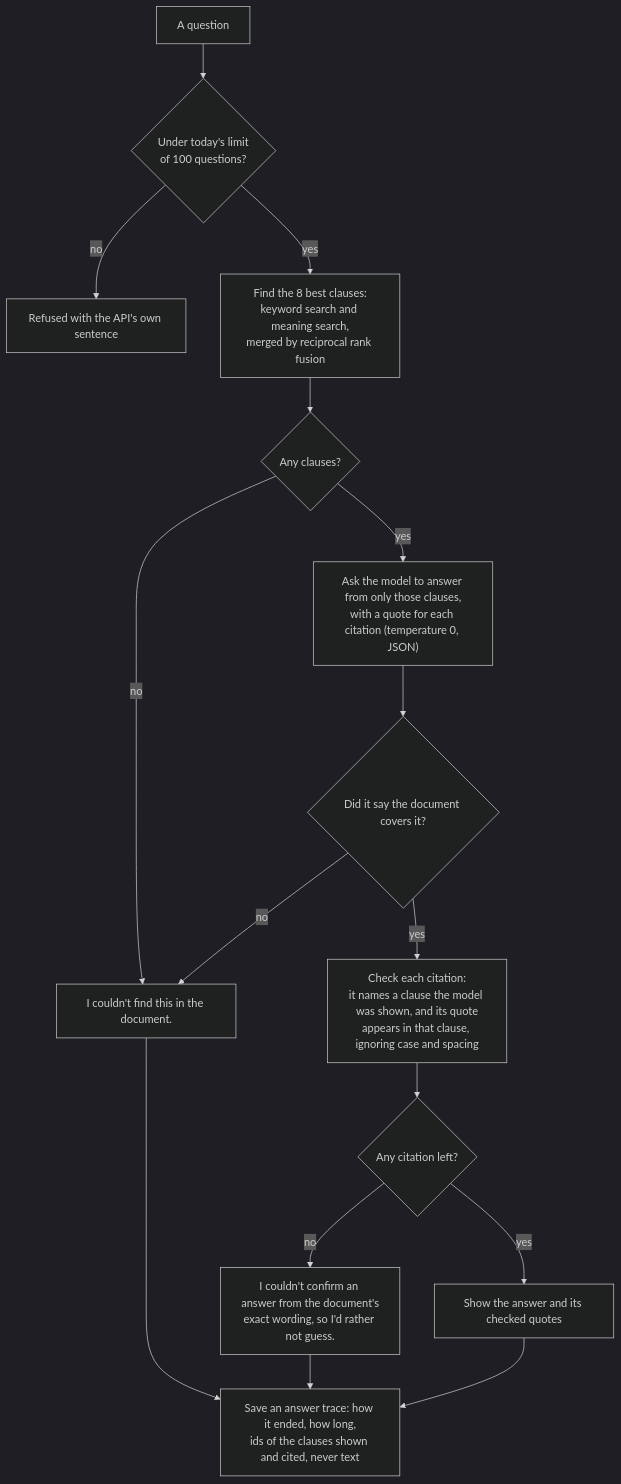
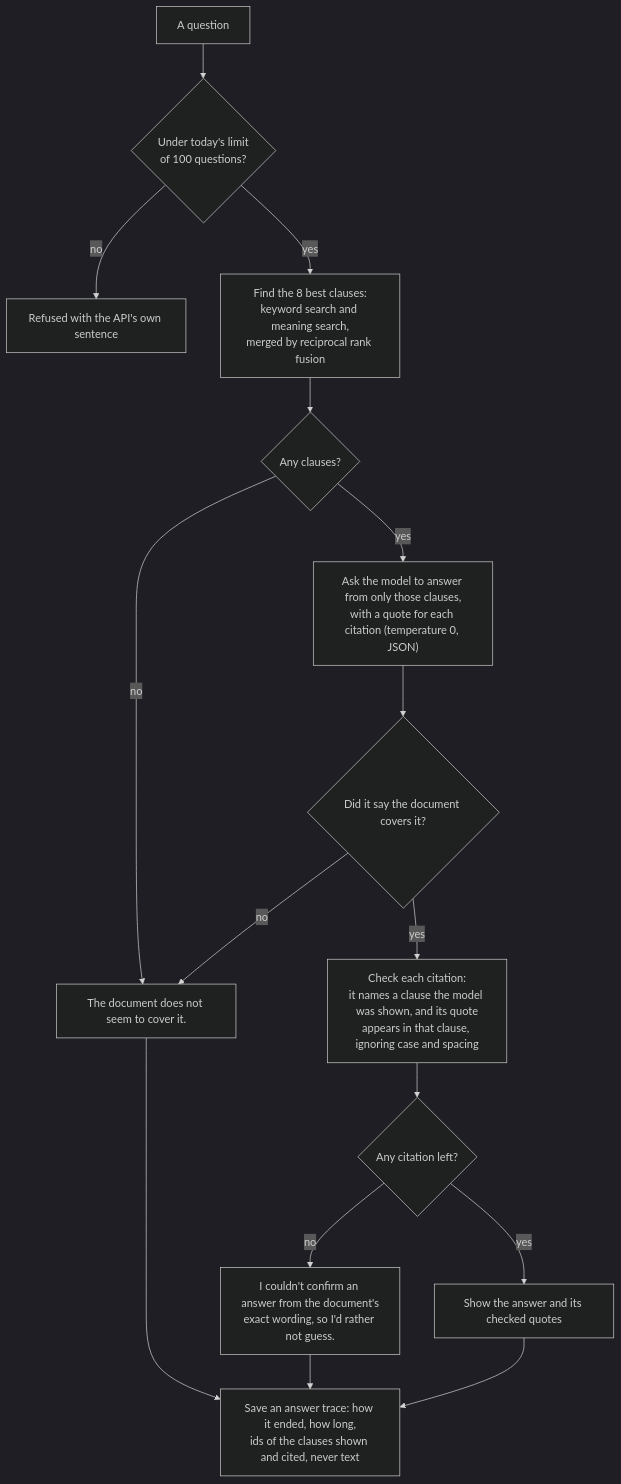
The fourth of 5 diagrams in docs/ARCHITECTURE.md (iamshrey10/Brief), drawn with Mermaid (dark theme) before and after one commit. The commit also changed 6 other files, not shown here.

Commit message:
Reword the answer for a question the document does not cover

````diff
--- a/docs/ARCHITECTURE.md
+++ b/docs/ARCHITECTURE.md
@@ -124,18 +124,18 @@
 ```mermaid
 flowchart TD
     Q["A question"] --> Spend{"Under today's limit<br/>of 100 questions?"}
     Spend -- no --> Limit["Refused with the API's own sentence"]
     Spend -- yes --> Search["Find the 8 best clauses:<br/>keyword search and meaning search,<br/>merged by reciprocal rank fusion"]
     Search --> None{"Any clauses?"}
     None -- no --> NotFound
     None -- yes --> Ask["Ask the model to answer from only those clauses,<br/>with a quote for each citation (temperature 0, JSON)"]
     Ask --> Found{"Did it say the document covers it?"}
-    Found -- no --> NotFound["I couldn't find this in the document."]
+    Found -- no --> NotFound["The document does not seem to cover it."]
     Found -- yes --> Check["Check each citation:<br/>it names a clause the model was shown, and its quote<br/>appears in that clause, ignoring case and spacing"]
     Check --> Any{"Any citation left?"}
     Any -- no --> Withheld["I couldn't confirm an answer from the document's<br/>exact wording, so I'd rather not guess."]
     Any -- yes --> Show["Show the answer and its checked quotes"]
     NotFound --> Trace
     Withheld --> Trace
     Show --> Trace["Save an answer trace: how it ended, how long,<br/>ids of the clauses shown and cited, never text"]
 ```
````
